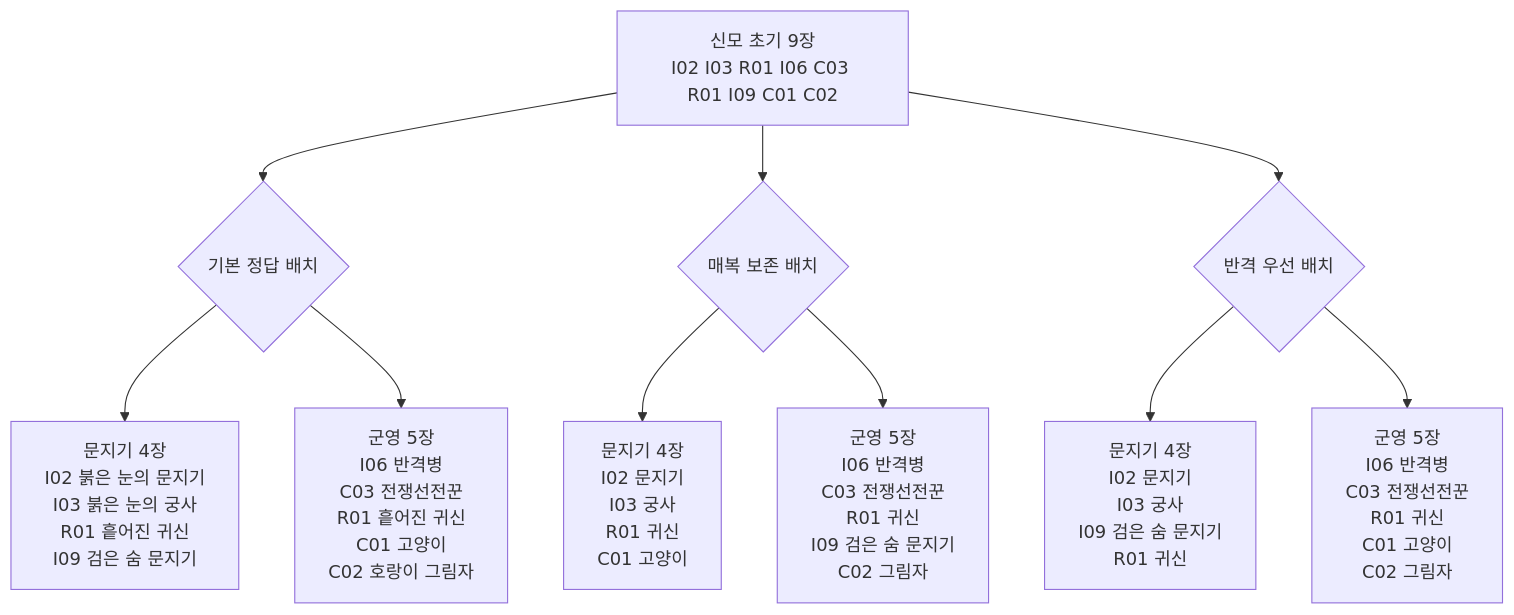
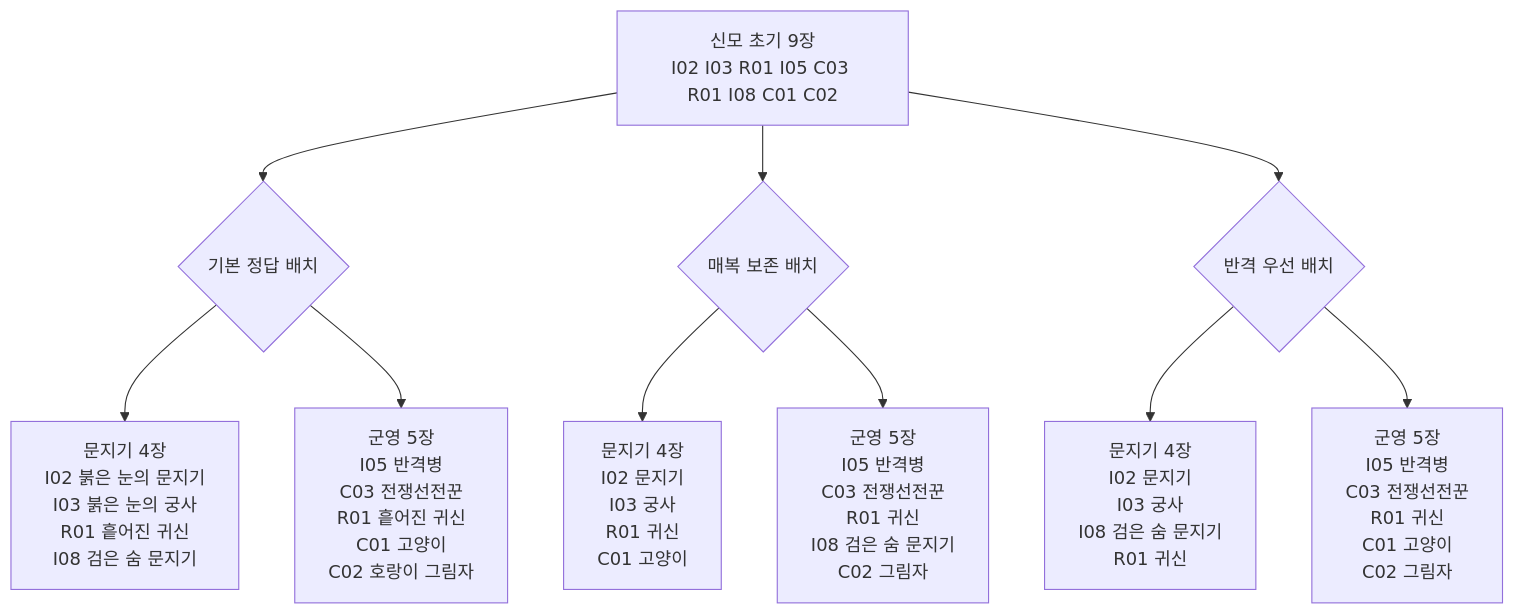
Before and after one commit to thgamoo/grns-card: the second of 5 diagrams in docs/first-gate-starter.md, drawn with Mermaid. The commit also changed other lines of this file and 17 other files, not shown here.

````diff
--- a/docs/first-gate-starter.md
+++ b/docs/first-gate-starter.md
@@ -256,12 +238,12 @@
 ```mermaid
 flowchart TD
-  S["신모 초기 9장<br/>I02 I03 R01 I06 C03 R01 I09 C01 C02"] --> A{"기본 정답 배치"}
-  A --> G1["문지기 4장<br/>I02 붉은 눈의 문지기<br/>I03 붉은 눈의 궁사<br/>R01 흩어진 귀신<br/>I09 검은 숨 문지기"]
-  A --> H1["군영 5장<br/>I06 반격병<br/>C03 전쟁선전꾼<br/>R01 흩어진 귀신<br/>C01 고양이<br/>C02 호랑이 그림자"]
+  S["신모 초기 9장<br/>I02 I03 R01 I05 C03 R01 I08 C01 C02"] --> A{"기본 정답 배치"}
+  A --> G1["문지기 4장<br/>I02 붉은 눈의 문지기<br/>I03 붉은 눈의 궁사<br/>R01 흩어진 귀신<br/>I08 검은 숨 문지기"]
+  A --> H1["군영 5장<br/>I05 반격병<br/>C03 전쟁선전꾼<br/>R01 흩어진 귀신<br/>C01 고양이<br/>C02 호랑이 그림자"]
   S --> B{"매복 보존 배치"}
   B --> G2["문지기 4장<br/>I02 문지기<br/>I03 궁사<br/>R01 귀신<br/>C01 고양이"]
-  B --> H2["군영 5장<br/>I06 반격병<br/>C03 전쟁선전꾼<br/>R01 귀신<br/>I09 검은 숨 문지기<br/>C02 그림자"]
+  B --> H2["군영 5장<br/>I05 반격병<br/>C03 전쟁선전꾼<br/>R01 귀신<br/>I08 검은 숨 문지기<br/>C02 그림자"]
   S --> C{"반격 우선 배치"}
-  C --> G3["문지기 4장<br/>I02 문지기<br/>I03 궁사<br/>I09 검은 숨 문지기<br/>R01 귀신"]
-  C --> H3["군영 5장<br/>I06 반격병<br/>C03 전쟁선전꾼<br/>R01 귀신<br/>C01 고양이<br/>C02 그림자"]
+  C --> G3["문지기 4장<br/>I02 문지기<br/>I03 궁사<br/>I08 검은 숨 문지기<br/>R01 귀신"]
+  C --> H3["군영 5장<br/>I05 반격병<br/>C03 전쟁선전꾼<br/>R01 귀신<br/>C01 고양이<br/>C02 그림자"]
 ```
````
